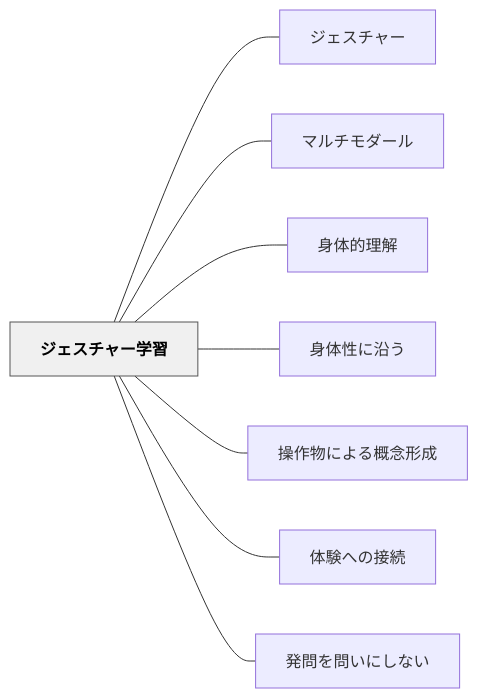
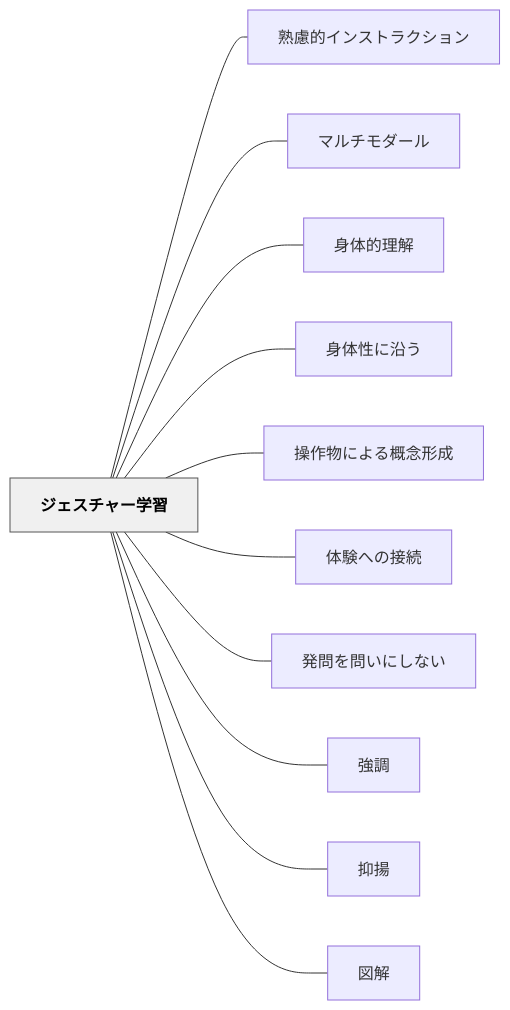
Before and after one commit to unknownthings-ed-patterns/unknownthings-ed-patterns: the diagram in content/パタン/ジェスチャー学習.md, drawn with Mermaid. The commit also changed other lines of this file and 1 other file, not shown here.

````diff
--- a/content/パタン/ジェスチャー学習.md
+++ b/content/パタン/ジェスチャー学習.md
@@ -52,22 +72,28 @@
 ```mermaid
 flowchart LR
     ne382b8e382a7e382b9e38381e383a3e383bce5ada6e7bf92["ジェスチャー学習"]
-    ne382b8e382a7e382b9e38381e383a3e383bc["ジェスチャー"]
+    ne7869fe685aee79a84e382a4e383b3e382b9e38388e383a9e382afe382b7e383a7e383b3["熟慮的インストラクション"]
     ne3839ee383abe38381e383a2e38380e383bce383ab["マルチモダール"]
     ne8baabe4bd93e79a84e79086e8a7a3["身体的理解"]
     ne8baabe4bd93e680a7e381abe6b2bfe38186["身体性に沿う"]
     ne6938de4bd9ce789a9e381abe38288e3828be6a682e5bfb5e5bda2e68890["操作物による概念形成"]
     ne4bd93e9a893e381b8e381aee68ea5e7b69a["体験への接続"]
     ne799bae5958fe38292e5958fe38184e381abe38197e381aae38184["発問を問いにしない"]
+    ne5bcb7e8aabf["強調"]
+    ne68a91e68f9a["抑揚"]
+    ne59bb3e8a7a3["図解"]
 
-    ne382b8e382a7e382b9e38381e383a3e383bce5ada6e7bf92 --- ne382b8e382a7e382b9e38381e383a3e383bc
+    ne382b8e382a7e382b9e38381e383a3e383bce5ada6e7bf92 --- ne7869fe685aee79a84e382a4e383b3e382b9e38388e383a9e382afe382b7e383a7e383b3
     ne382b8e382a7e382b9e38381e383a3e383bce5ada6e7bf92 --- ne3839ee383abe38381e383a2e38380e383bce383ab
     ne382b8e382a7e382b9e38381e383a3e383bce5ada6e7bf92 --- ne8baabe4bd93e79a84e79086e8a7a3
     ne382b8e382a7e382b9e38381e383a3e383bce5ada6e7bf92 --- ne8baabe4bd93e680a7e381abe6b2bfe38186
     ne382b8e382a7e382b9e38381e383a3e383bce5ada6e7bf92 --- ne6938de4bd9ce789a9e381abe38288e3828be6a682e5bfb5e5bda2e68890
     ne382b8e382a7e382b9e38381e383a3e383bce5ada6e7bf92 --- ne4bd93e9a893e381b8e381aee68ea5e7b69a
     ne382b8e382a7e382b9e38381e383a3e383bce5ada6e7bf92 --- ne799bae5958fe38292e5958fe38184e381abe38197e381aae38184
+    ne382b8e382a7e382b9e38381e383a3e383bce5ada6e7bf92 --- ne5bcb7e8aabf
+    ne382b8e382a7e382b9e38381e383a3e383bce5ada6e7bf92 --- ne68a91e68f9a
+    ne382b8e382a7e382b9e38381e383a3e383bce5ada6e7bf92 --- ne59bb3e8a7a3
 
     classDef hub fill:#f0f0f0,stroke:#555,color:#000,font-weight:bold
     class ne382b8e382a7e382b9e38381e383a3e383bce5ada6e7bf92 hub
 ```
````
